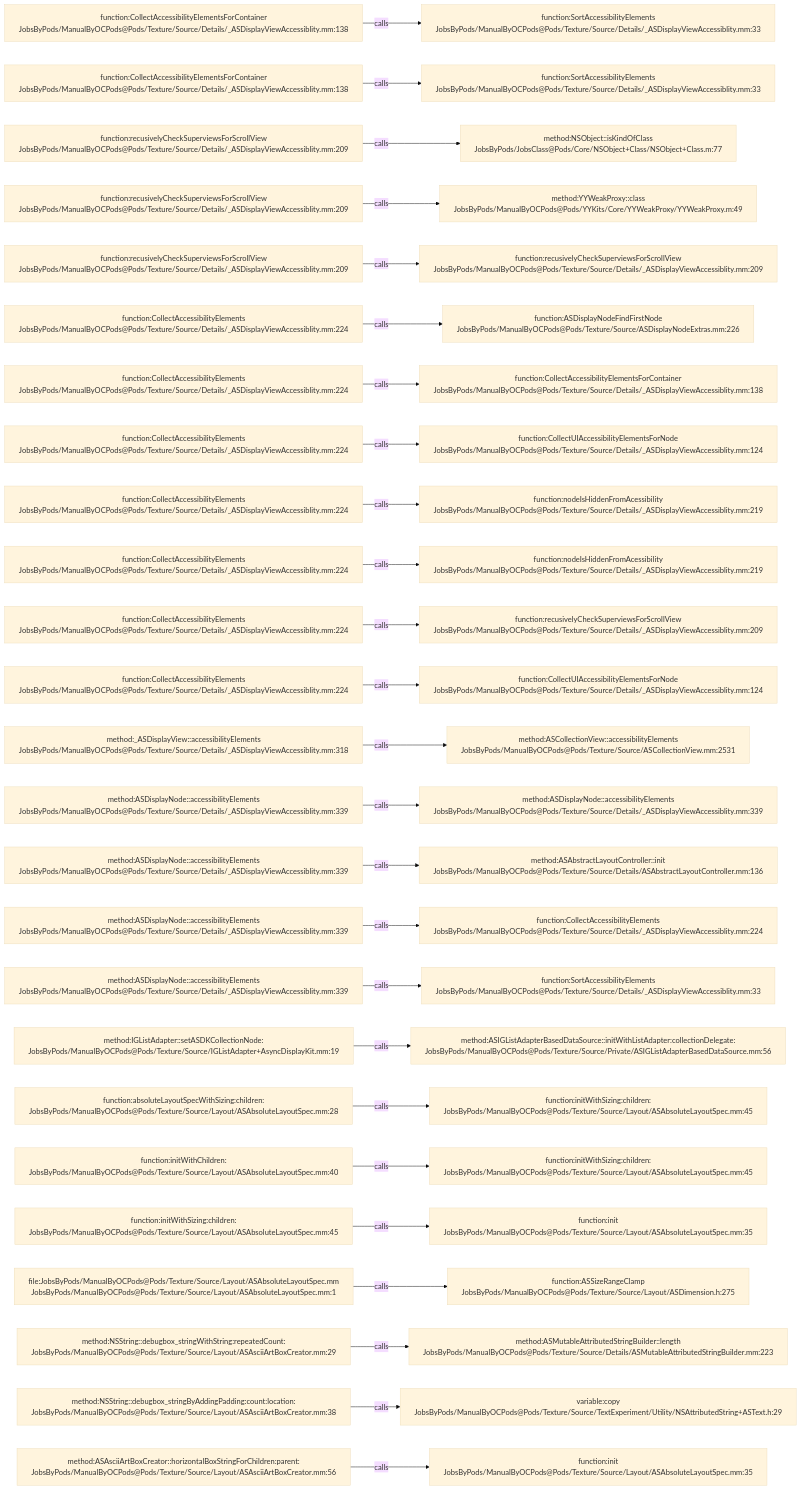
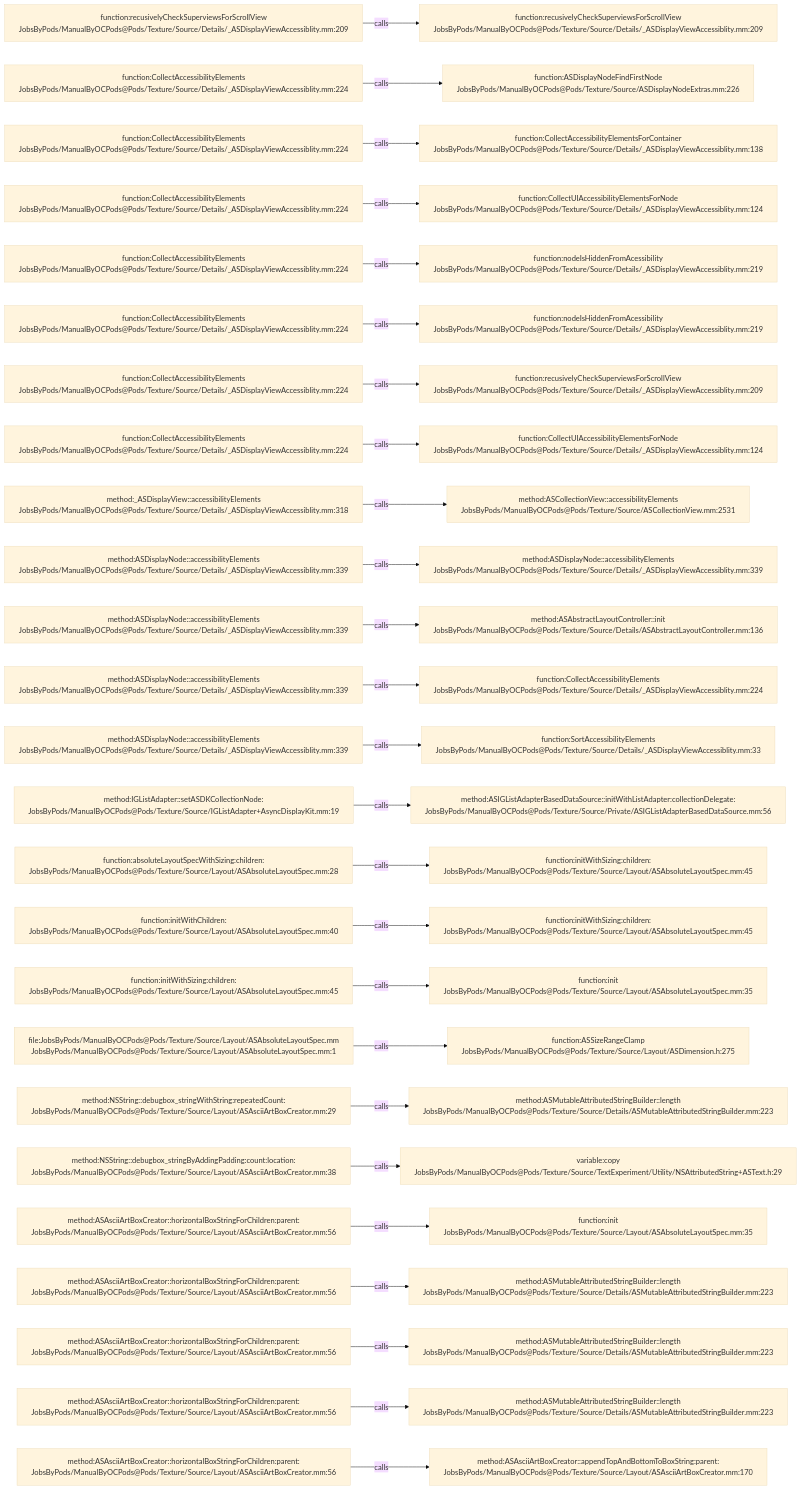
The diagram in .codegraph/codegraph.md/graphs/calls-172.md (JobsKits/JobsOCBaseConfigDemo), drawn with Mermaid (base theme) before and after one commit. The commit also changed 727 other files, not shown here.

````diff
--- a/.codegraph/codegraph.md/graphs/calls-172.md
+++ b/.codegraph/codegraph.md/graphs/calls-172.md
@@ -13,78 +13,78 @@
 ```mermaid
 flowchart LR
-  S1["function:CollectAccessibilityElementsForContainer<br/>JobsByPods/ManualByOCPods@Pods/Texture/Source/Details/_ASDisplayViewAccessiblity.mm:138"]
-  T1["function:SortAccessibilityElements<br/>JobsByPods/ManualByOCPods@Pods/Texture/Source/Details/_ASDisplayViewAccessiblity.mm:33"]
+  S1["function:recusivelyCheckSuperviewsForScrollView<br/>JobsByPods/ManualByOCPods@Pods/Texture/Source/Details/_ASDisplayViewAccessiblity.mm:209"]
+  T1["function:recusivelyCheckSuperviewsForScrollView<br/>JobsByPods/ManualByOCPods@Pods/Texture/Source/Details/_ASDisplayViewAccessiblity.mm:209"]
   S1 -->|calls| T1
-  S2["function:CollectAccessibilityElementsForContainer<br/>JobsByPods/ManualByOCPods@Pods/Texture/Source/Details/_ASDisplayViewAccessiblity.mm:138"]
-  T2["function:SortAccessibilityElements<br/>JobsByPods/ManualByOCPods@Pods/Texture/Source/Details/_ASDisplayViewAccessiblity.mm:33"]
+  S2["function:CollectAccessibilityElements<br/>JobsByPods/ManualByOCPods@Pods/Texture/Source/Details/_ASDisplayViewAccessiblity.mm:224"]
+  T2["function:ASDisplayNodeFindFirstNode<br/>JobsByPods/ManualByOCPods@Pods/Texture/Source/ASDisplayNodeExtras.mm:226"]
   S2 -->|calls| T2
-  S3["function:recusivelyCheckSuperviewsForScrollView<br/>JobsByPods/ManualByOCPods@Pods/Texture/Source/Details/_ASDisplayViewAccessiblity.mm:209"]
-  T3["method:NSObject::isKindOfClass<br/>JobsByPods/JobsClass@Pods/Core/NSObject+Class/NSObject+Class.m:77"]
+  S3["function:CollectAccessibilityElements<br/>JobsByPods/ManualByOCPods@Pods/Texture/Source/Details/_ASDisplayViewAccessiblity.mm:224"]
+  T3["function:CollectAccessibilityElementsForContainer<br/>JobsByPods/ManualByOCPods@Pods/Texture/Source/Details/_ASDisplayViewAccessiblity.mm:138"]
   S3 -->|calls| T3
-  S4["function:recusivelyCheckSuperviewsForScrollView<br/>JobsByPods/ManualByOCPods@Pods/Texture/Source/Details/_ASDisplayViewAccessiblity.mm:209"]
-  T4["method:YYWeakProxy::class<br/>JobsByPods/ManualByOCPods@Pods/YYKits/Core/YYWeakProxy/YYWeakProxy.m:49"]
+  S4["function:CollectAccessibilityElements<br/>JobsByPods/ManualByOCPods@Pods/Texture/Source/Details/_ASDisplayViewAccessiblity.mm:224"]
+  T4["function:CollectUIAccessibilityElementsForNode<br/>JobsByPods/ManualByOCPods@Pods/Texture/Source/Details/_ASDisplayViewAccessiblity.mm:124"]
   S4 -->|calls| T4
-  S5["function:recusivelyCheckSuperviewsForScrollView<br/>JobsByPods/ManualByOCPods@Pods/Texture/Source/Details/_ASDisplayViewAccessiblity.mm:209"]
-  T5["function:recusivelyCheckSuperviewsForScrollView<br/>JobsByPods/ManualByOCPods@Pods/Texture/Source/Details/_ASDisplayViewAccessiblity.mm:209"]
+  S5["function:CollectAccessibilityElements<br/>JobsByPods/ManualByOCPods@Pods/Texture/Source/Details/_ASDisplayViewAccessiblity.mm:224"]
+  T5["function:nodeIsHiddenFromAcessibility<br/>JobsByPods/ManualByOCPods@Pods/Texture/Source/Details/_ASDisplayViewAccessiblity.mm:219"]
   S5 -->|calls| T5
   S6["function:CollectAccessibilityElements<br/>JobsByPods/ManualByOCPods@Pods/Texture/Source/Details/_ASDisplayViewAccessiblity.mm:224"]
-  T6["function:ASDisplayNodeFindFirstNode<br/>JobsByPods/ManualByOCPods@Pods/Texture/Source/ASDisplayNodeExtras.mm:226"]
+  T6["function:nodeIsHiddenFromAcessibility<br/>JobsByPods/ManualByOCPods@Pods/Texture/Source/Details/_ASDisplayViewAccessiblity.mm:219"]
   S6 -->|calls| T6
   S7["function:CollectAccessibilityElements<br/>JobsByPods/ManualByOCPods@Pods/Texture/Source/Details/_ASDisplayViewAccessiblity.mm:224"]
-  T7["function:CollectAccessibilityElementsForContainer<br/>JobsByPods/ManualByOCPods@Pods/Texture/Source/Details/_ASDisplayViewAccessiblity.mm:138"]
+  T7["function:recusivelyCheckSuperviewsForScrollView<br/>JobsByPods/ManualByOCPods@Pods/Texture/Source/Details/_ASDisplayViewAccessiblity.mm:209"]
   S7 -->|calls| T7
   S8["function:CollectAccessibilityElements<br/>JobsByPods/ManualByOCPods@Pods/Texture/Source/Details/_ASDisplayViewAccessiblity.mm:224"]
   T8["function:CollectUIAccessibilityElementsForNode<br/>JobsByPods/ManualByOCPods@Pods/Texture/Source/Details/_ASDisplayViewAccessiblity.mm:124"]
   S8 -->|calls| T8
-  S9["function:CollectAccessibilityElements<br/>JobsByPods/ManualByOCPods@Pods/Texture/Source/Details/_ASDisplayViewAccessiblity.mm:224"]
-  T9["function:nodeIsHiddenFromAcessibility<br/>JobsByPods/ManualByOCPods@Pods/Texture/Source/Details/_ASDisplayViewAccessiblity.mm:219"]
+  S9["method:_ASDisplayView::accessibilityElements<br/>JobsByPods/ManualByOCPods@Pods/Texture/Source/Details/_ASDisplayViewAccessiblity.mm:318"]
+  T9["method:ASCollectionView::accessibilityElements<br/>JobsByPods/ManualByOCPods@Pods/Texture/Source/ASCollectionView.mm:2531"]
   S9 -->|calls| T9
-  S10["function:CollectAccessibilityElements<br/>JobsByPods/ManualByOCPods@Pods/Texture/Source/Details/_ASDisplayViewAccessiblity.mm:224"]
-  T10["function:nodeIsHiddenFromAcessibility<br/>JobsByPods/ManualByOCPods@Pods/Texture/Source/Details/_ASDisplayViewAccessiblity.mm:219"]
+  S10["method:ASDisplayNode::accessibilityElements<br/>JobsByPods/ManualByOCPods@Pods/Texture/Source/Details/_ASDisplayViewAccessiblity.mm:339"]
+  T10["method:ASDisplayNode::accessibilityElements<br/>JobsByPods/ManualByOCPods@Pods/Texture/Source/Details/_ASDisplayViewAccessiblity.mm:339"]
   S10 -->|calls| T10
-  S11["function:CollectAccessibilityElements<br/>JobsByPods/ManualByOCPods@Pods/Texture/Source/Details/_ASDisplayViewAccessiblity.mm:224"]
-  T11["function:recusivelyCheckSuperviewsForScrollView<br/>JobsByPods/ManualByOCPods@Pods/Texture/Source/Details/_ASDisplayViewAccessiblity.mm:209"]
+  S11["method:ASDisplayNode::accessibilityElements<br/>JobsByPods/ManualByOCPods@Pods/Texture/Source/Details/_ASDisplayViewAccessiblity.mm:339"]
+  T11["method:ASAbstractLayoutController::init<br/>JobsByPods/ManualByOCPods@Pods/Texture/Source/Details/ASAbstractLayoutController.mm:136"]
   S11 -->|calls| T11
-  S12["function:CollectAccessibilityElements<br/>JobsByPods/ManualByOCPods@Pods/Texture/Source/Details/_ASDisplayViewAccessiblity.mm:224"]
-  T12["function:CollectUIAccessibilityElementsForNode<br/>JobsByPods/ManualByOCPods@Pods/Texture/Source/Details/_ASDisplayViewAccessiblity.mm:124"]
+  S12["method:ASDisplayNode::accessibilityElements<br/>JobsByPods/ManualByOCPods@Pods/Texture/Source/Details/_ASDisplayViewAccessiblity.mm:339"]
+  T12["function:CollectAccessibilityElements<br/>JobsByPods/ManualByOCPods@Pods/Texture/Source/Details/_ASDisplayViewAccessiblity.mm:224"]
   S12 -->|calls| T12
-  S13["method:_ASDisplayView::accessibilityElements<br/>JobsByPods/ManualByOCPods@Pods/Texture/Source/Details/_ASDisplayViewAccessiblity.mm:318"]
-  T13["method:ASCollectionView::accessibilityElements<br/>JobsByPods/ManualByOCPods@Pods/Texture/Source/ASCollectionView.mm:2531"]
+  S13["method:ASDisplayNode::accessibilityElements<br/>JobsByPods/ManualByOCPods@Pods/Texture/Source/Details/_ASDisplayViewAccessiblity.mm:339"]
+  T13["function:SortAccessibilityElements<br/>JobsByPods/ManualByOCPods@Pods/Texture/Source/Details/_ASDisplayViewAccessiblity.mm:33"]
   S13 -->|calls| T13
-  S14["method:ASDisplayNode::accessibilityElements<br/>JobsByPods/ManualByOCPods@Pods/Texture/Source/Details/_ASDisplayViewAccessiblity.mm:339"]
-  T14["method:ASDisplayNode::accessibilityElements<br/>JobsByPods/ManualByOCPods@Pods/Texture/Source/Details/_ASDisplayViewAccessiblity.mm:339"]
+  S14["method:IGListAdapter::setASDKCollectionNode:<br/>JobsByPods/ManualByOCPods@Pods/Texture/Source/IGListAdapter+AsyncDisplayKit.mm:19"]
+  T14["method:ASIGListAdapterBasedDataSource::initWithListAdapter:collectionDelegate:<br/>JobsByPods/ManualByOCPods@Pods/Texture/Source/Private/ASIGListAdapterBasedDataSource.mm:56"]
   S14 -->|calls| T14
-  S15["method:ASDisplayNode::accessibilityElements<br/>JobsByPods/ManualByOCPods@Pods/Texture/Source/Details/_ASDisplayViewAccessiblity.mm:339"]
-  T15["method:ASAbstractLayoutController::init<br/>JobsByPods/ManualByOCPods@Pods/Texture/Source/Details/ASAbstractLayoutController.mm:136"]
+  S15["function:absoluteLayoutSpecWithSizing:children:<br/>JobsByPods/ManualByOCPods@Pods/Texture/Source/Layout/ASAbsoluteLayoutSpec.mm:28"]
+  T15["function:initWithSizing:children:<br/>JobsByPods/ManualByOCPods@Pods/Texture/Source/Layout/ASAbsoluteLayoutSpec.mm:45"]
   S15 -->|calls| T15
-  S16["method:ASDisplayNode::accessibilityElements<br/>JobsByPods/ManualByOCPods@Pods/Texture/Source/Details/_ASDisplayViewAccessiblity.mm:339"]
-  T16["function:CollectAccessibilityElements<br/>JobsByPods/ManualByOCPods@Pods/Texture/Source/Details/_ASDisplayViewAccessiblity.mm:224"]
+  S16["function:initWithChildren:<br/>JobsByPods/ManualByOCPods@Pods/Texture/Source/Layout/ASAbsoluteLayoutSpec.mm:40"]
+  T16["function:initWithSizing:children:<br/>JobsByPods/ManualByOCPods@Pods/Texture/Source/Layout/ASAbsoluteLayoutSpec.mm:45"]
   S16 -->|calls| T16
-  S17["method:ASDisplayNode::accessibilityElements<br/>JobsByPods/ManualByOCPods@Pods/Texture/Source/Details/_ASDisplayViewAccessiblity.mm:339"]
-  T17["function:SortAccessibilityElements<br/>JobsByPods/ManualByOCPods@Pods/Texture/Source/Details/_ASDisplayViewAccessiblity.mm:33"]
+  S17["function:initWithSizing:children:<br/>JobsByPods/ManualByOCPods@Pods/Texture/Source/Layout/ASAbsoluteLayoutSpec.mm:45"]
+  T17["function:init<br/>JobsByPods/ManualByOCPods@Pods/Texture/Source/Layout/ASAbsoluteLayoutSpec.mm:35"]
   S17 -->|calls| T17
-  S18["method:IGListAdapter::setASDKCollectionNode:<br/>JobsByPods/ManualByOCPods@Pods/Texture/Source/IGListAdapter+AsyncDisplayKit.mm:19"]
-  T18["method:ASIGListAdapterBasedDataSource::initWithListAdapter:collectionDelegate:<br/>JobsByPods/ManualByOCPods@Pods/Texture/Source/Private/ASIGListAdapterBasedDataSource.mm:56"]
+  S18["file:JobsByPods/ManualByOCPods@Pods/Texture/Source/Layout/ASAbsoluteLayoutSpec.mm<br/>JobsByPods/ManualByOCPods@Pods/Texture/Source/Layout/ASAbsoluteLayoutSpec.mm:1"]
+  T18["function:ASSizeRangeClamp<br/>JobsByPods/ManualByOCPods@Pods/Texture/Source/Layout/ASDimension.h:275"]
   S18 -->|calls| T18
-  S19["function:absoluteLayoutSpecWithSizing:children:<br/>JobsByPods/ManualByOCPods@Pods/Texture/Source/Layout/ASAbsoluteLayoutSpec.mm:28"]
-  T19["function:initWithSizing:children:<br/>JobsByPods/ManualByOCPods@Pods/Texture/Source/Layout/ASAbsoluteLayoutSpec.mm:45"]
+  S19["method:NSString::debugbox_stringWithString:repeatedCount:<br/>JobsByPods/ManualByOCPods@Pods/Texture/Source/Layout/ASAsciiArtBoxCreator.mm:29"]
+  T19["method:ASMutableAttributedStringBuilder::length<br/>JobsByPods/ManualByOCPods@Pods/Texture/Source/Details/ASMutableAttributedStringBuilder.mm:223"]
   S19 -->|calls| T19
-  S20["function:initWithChildren:<br/>JobsByPods/ManualByOCPods@Pods/Texture/Source/Layout/ASAbsoluteLayoutSpec.mm:40"]
-  T20["function:initWithSizing:children:<br/>JobsByPods/ManualByOCPods@Pods/Texture/Source/Layout/ASAbsoluteLayoutSpec.mm:45"]
+  S20["method:NSString::debugbox_stringByAddingPadding:count:location:<br/>JobsByPods/ManualByOCPods@Pods/Texture/Source/Layout/ASAsciiArtBoxCreator.mm:38"]
+  T20["variable:copy<br/>JobsByPods/ManualByOCPods@Pods/Texture/Source/TextExperiment/Utility/NSAttributedString+ASText.h:29"]
   S20 -->|calls| T20
-  S21["function:initWithSizing:children:<br/>JobsByPods/ManualByOCPods@Pods/Texture/Source/Layout/ASAbsoluteLayoutSpec.mm:45"]
+  S21["method:ASAsciiArtBoxCreator::horizontalBoxStringForChildren:parent:<br/>JobsByPods/ManualByOCPods@Pods/Texture/Source/Layout/ASAsciiArtBoxCreator.mm:56"]
   T21["function:init<br/>JobsByPods/ManualByOCPods@Pods/Texture/Source/Layout/ASAbsoluteLayoutSpec.mm:35"]
   S21 -->|calls| T21
-  S22["file:JobsByPods/ManualByOCPods@Pods/Texture/Source/Layout/ASAbsoluteLayoutSpec.mm<br/>JobsByPods/ManualByOCPods@Pods/Texture/Source/Layout/ASAbsoluteLayoutSpec.mm:1"]
-  T22["function:ASSizeRangeClamp<br/>JobsByPods/ManualByOCPods@Pods/Texture/Source/Layout/ASDimension.h:275"]
+  S22["method:ASAsciiArtBoxCreator::horizontalBoxStringForChildren:parent:<br/>JobsByPods/ManualByOCPods@Pods/Texture/Source/Layout/ASAsciiArtBoxCreator.mm:56"]
+  T22["method:ASMutableAttributedStringBuilder::length<br/>JobsByPods/ManualByOCPods@Pods/Texture/Source/Details/ASMutableAttributedStringBuilder.mm:223"]
   S22 -->|calls| T22
-  S23["method:NSString::debugbox_stringWithString:repeatedCount:<br/>JobsByPods/ManualByOCPods@Pods/Texture/Source/Layout/ASAsciiArtBoxCreator.mm:29"]
+  S23["method:ASAsciiArtBoxCreator::horizontalBoxStringForChildren:parent:<br/>JobsByPods/ManualByOCPods@Pods/Texture/Source/Layout/ASAsciiArtBoxCreator.mm:56"]
   T23["method:ASMutableAttributedStringBuilder::length<br/>JobsByPods/ManualByOCPods@Pods/Texture/Source/Details/ASMutableAttributedStringBuilder.mm:223"]
   S23 -->|calls| T23
-  S24["method:NSString::debugbox_stringByAddingPadding:count:location:<br/>JobsByPods/ManualByOCPods@Pods/Texture/Source/Layout/ASAsciiArtBoxCreator.mm:38"]
-  T24["variable:copy<br/>JobsByPods/ManualByOCPods@Pods/Texture/Source/TextExperiment/Utility/NSAttributedString+ASText.h:29"]
+  S24["method:ASAsciiArtBoxCreator::horizontalBoxStringForChildren:parent:<br/>JobsByPods/ManualByOCPods@Pods/Texture/Source/Layout/ASAsciiArtBoxCreator.mm:56"]
+  T24["method:ASMutableAttributedStringBuilder::length<br/>JobsByPods/ManualByOCPods@Pods/Texture/Source/Details/ASMutableAttributedStringBuilder.mm:223"]
   S24 -->|calls| T24
   S25["method:ASAsciiArtBoxCreator::horizontalBoxStringForChildren:parent:<br/>JobsByPods/ManualByOCPods@Pods/Texture/Source/Layout/ASAsciiArtBoxCreator.mm:56"]
-  T25["function:init<br/>JobsByPods/ManualByOCPods@Pods/Texture/Source/Layout/ASAbsoluteLayoutSpec.mm:35"]
+  T25["method:ASAsciiArtBoxCreator::appendTopAndBottomToBoxString:parent:<br/>JobsByPods/ManualByOCPods@Pods/Texture/Source/Layout/ASAsciiArtBoxCreator.mm:170"]
   S25 -->|calls| T25
 ```
````
